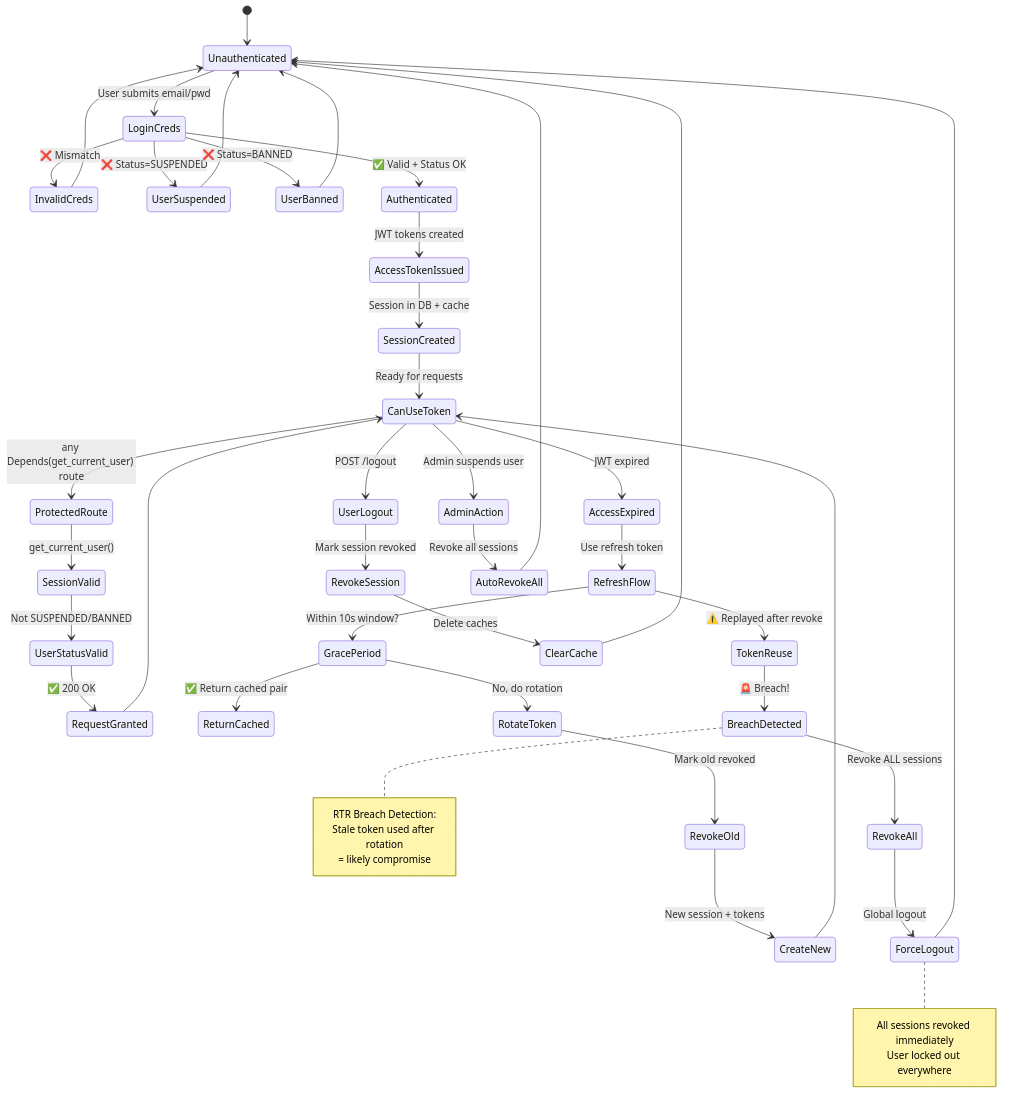
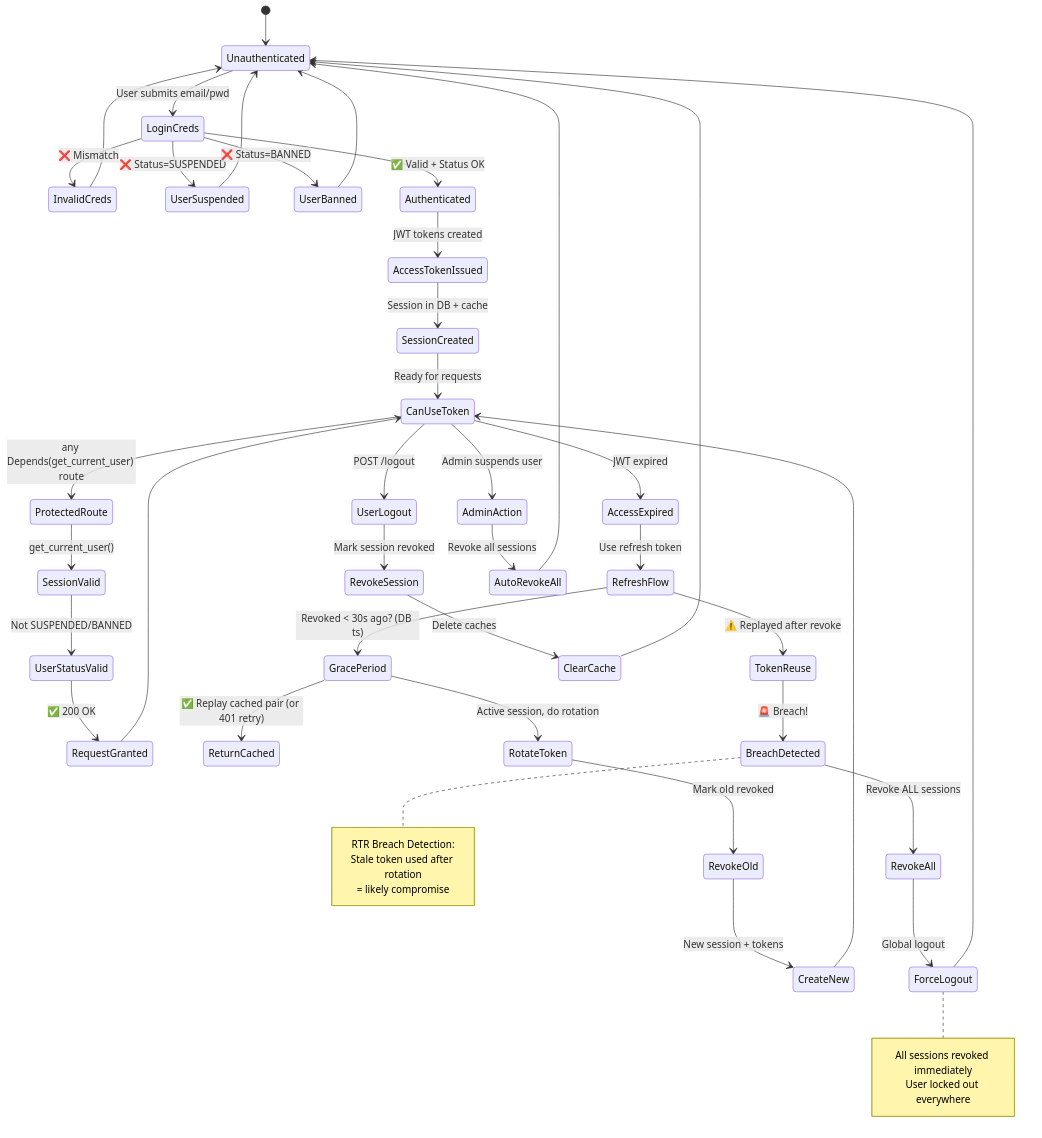
One commit to KartikRanjan/async-pulse changed the tenth of 10 diagrams in docs/architecture/REQUEST_LIFECYCLE_AND_CACHING.md. Above: the diagram before and after it, drawn with Mermaid. The commit also changed other lines of this file and 9 other files, not shown here.

First line of the commit message:
refactor(auth): improve RTR resilience, caching efficiency, and DB schema

````diff
--- a/docs/architecture/REQUEST_LIFECYCLE_AND_CACHING.md
+++ b/docs/architecture/REQUEST_LIFECYCLE_AND_CACHING.md
@@ -544,64 +539,64 @@
 ```mermaid
 stateDiagram-v2
     [*] --> Unauthenticated
 
     Unauthenticated --> LoginCreds: User submits email/pwd
 
     LoginCreds --> InvalidCreds: ❌ Mismatch
     LoginCreds --> UserSuspended: ❌ Status=SUSPENDED
     LoginCreds --> UserBanned: ❌ Status=BANNED
 
     InvalidCreds --> Unauthenticated
     UserSuspended --> Unauthenticated
     UserBanned --> Unauthenticated
 
     LoginCreds --> Authenticated: ✅ Valid + Status OK
 
     Authenticated --> AccessTokenIssued: JWT tokens created
     AccessTokenIssued --> SessionCreated: Session in DB + cache
     SessionCreated --> CanUseToken: Ready for requests
 
     CanUseToken --> ProtectedRoute: any Depends(get_current_user) route
     ProtectedRoute --> SessionValid: get_current_user()
     SessionValid --> UserStatusValid: Not SUSPENDED/BANNED
     UserStatusValid --> RequestGranted: ✅ 200 OK
 
     RequestGranted --> CanUseToken
 
     CanUseToken --> AccessExpired: JWT expired
     AccessExpired --> RefreshFlow: Use refresh token
 
-    RefreshFlow --> GracePeriod: Within 10s window?
-    GracePeriod --> ReturnCached: ✅ Return cached pair
-    GracePeriod --> RotateToken: No, do rotation
+    RefreshFlow --> GracePeriod: Revoked < 30s ago? (DB ts)
+    GracePeriod --> ReturnCached: ✅ Replay cached pair (or 401 retry)
+    GracePeriod --> RotateToken: Active session, do rotation
 
     RotateToken --> RevokeOld: Mark old revoked
     RevokeOld --> CreateNew: New session + tokens
     CreateNew --> CanUseToken
 
     RefreshFlow --> TokenReuse: ⚠️ Replayed after revoke
     TokenReuse --> BreachDetected: 🚨 Breach!
     BreachDetected --> RevokeAll: Revoke ALL sessions
     RevokeAll --> ForceLogout: Global logout
     ForceLogout --> Unauthenticated
 
     CanUseToken --> UserLogout: POST /logout
     UserLogout --> RevokeSession: Mark session revoked
     RevokeSession --> ClearCache: Delete caches
     ClearCache --> Unauthenticated
 
     CanUseToken --> AdminAction: Admin suspends user
     AdminAction --> AutoRevokeAll: Revoke all sessions
     AutoRevokeAll --> Unauthenticated
 
     note right of BreachDetected
         RTR Breach Detection:
         Stale token used after rotation
         = likely compromise
     end note
 
     note right of ForceLogout
         All sessions revoked immediately
         User locked out everywhere
     end note
 ```
````
